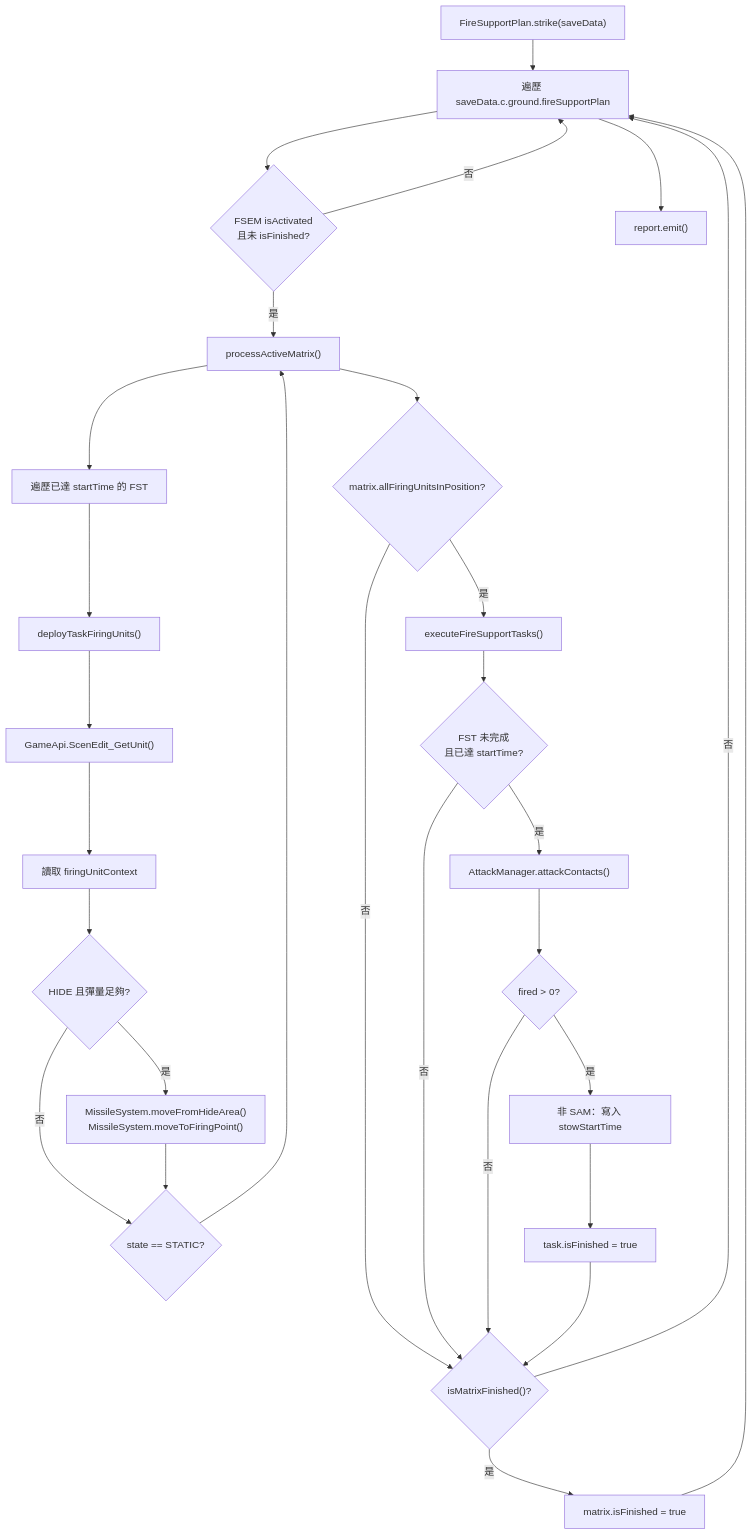
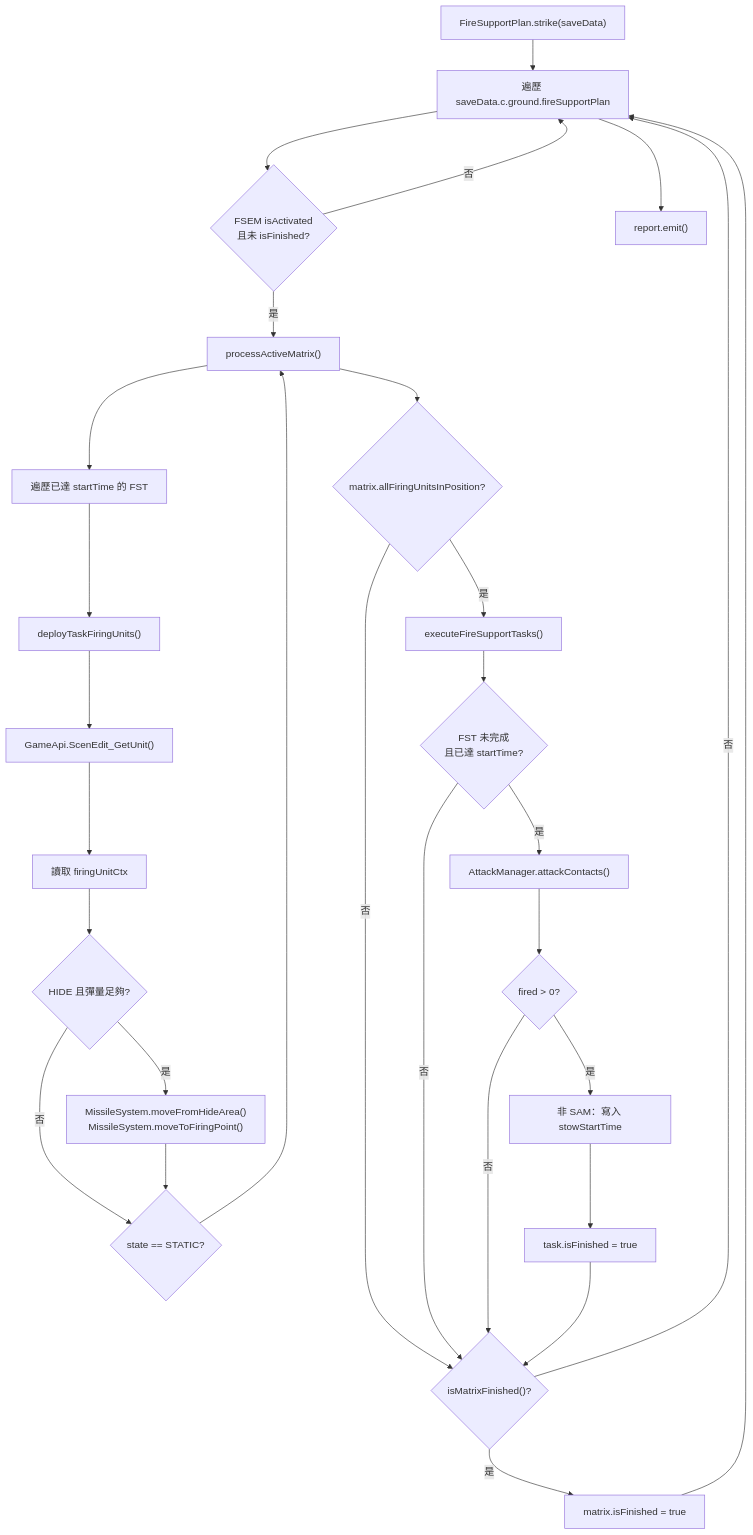
The diagram in docs/strikePlanner/fireSupportPlan.md (pullupjumper/formosa-in-flames), drawn with Mermaid before and after one commit. The commit also changed other lines of this file and 63 other files, not shown here.

````diff
--- a/docs/strikePlanner/fireSupportPlan.md
+++ b/docs/strikePlanner/fireSupportPlan.md
@@ -112,53 +112,53 @@
 ```mermaid
 flowchart TD
     START["FireSupportPlan.strike(saveData)"]
     LOOP["遍歷 saveData.c.ground.fireSupportPlan"]
     ACTIVE{"FSEM isActivated<br/>且未 isFinished?"}
     PROCESS["processActiveMatrix()"]
     DEPLOY_TASK["遍歷已達 startTime 的 FST"]
     DEPLOY_UNIT["deployTaskFiringUnits()"]
     GET_UNIT["GameApi.ScenEdit_GetUnit()"]
-    GET_CTX["讀取 firingUnitContext"]
+    GET_CTX["讀取 firingUnitCtx"]
     READY{"HIDE 且彈量足夠?"}
     MOVE["MissileSystem.moveFromHideArea()<br/>MissileSystem.moveToFiringPoint()"]
     STATIC{"state == STATIC?"}
     ALL_READY{"matrix.allFiringUnitsInPosition?"}
     EXECUTE["executeFireSupportTasks()"]
     TASK_READY{"FST 未完成<br/>且已達 startTime?"}
     ATTACK["AttackManager.attackContacts()"]
     FIRED{"fired > 0?"}
     STOW["非 SAM：寫入 stowStartTime"]
     TASK_DONE["task.isFinished = true"]
     MATRIX_DONE{"isMatrixFinished()?"}
     FINISH["matrix.isFinished = true"]
     LOG["report.emit()"]
 
     START --> LOOP
     LOOP --> ACTIVE
     ACTIVE -->|否| LOOP
     ACTIVE -->|是| PROCESS
     PROCESS --> DEPLOY_TASK
     DEPLOY_TASK --> DEPLOY_UNIT
     DEPLOY_UNIT --> GET_UNIT
     GET_UNIT --> GET_CTX
     GET_CTX --> READY
     READY -->|是| MOVE
     READY -->|否| STATIC
     MOVE --> STATIC
     STATIC --> PROCESS
     PROCESS --> ALL_READY
     ALL_READY -->|是| EXECUTE
     ALL_READY -->|否| MATRIX_DONE
     EXECUTE --> TASK_READY
     TASK_READY -->|是| ATTACK
     TASK_READY -->|否| MATRIX_DONE
     ATTACK --> FIRED
     FIRED -->|是| STOW
     FIRED -->|否| MATRIX_DONE
     STOW --> TASK_DONE
     TASK_DONE --> MATRIX_DONE
     MATRIX_DONE -->|是| FINISH
     MATRIX_DONE -->|否| LOOP
     FINISH --> LOOP
     LOOP --> LOG
 ```
````
